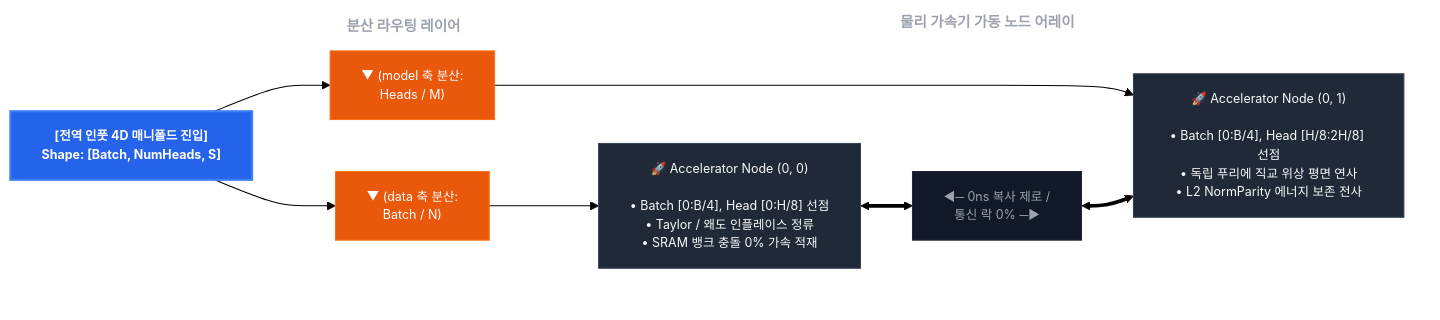
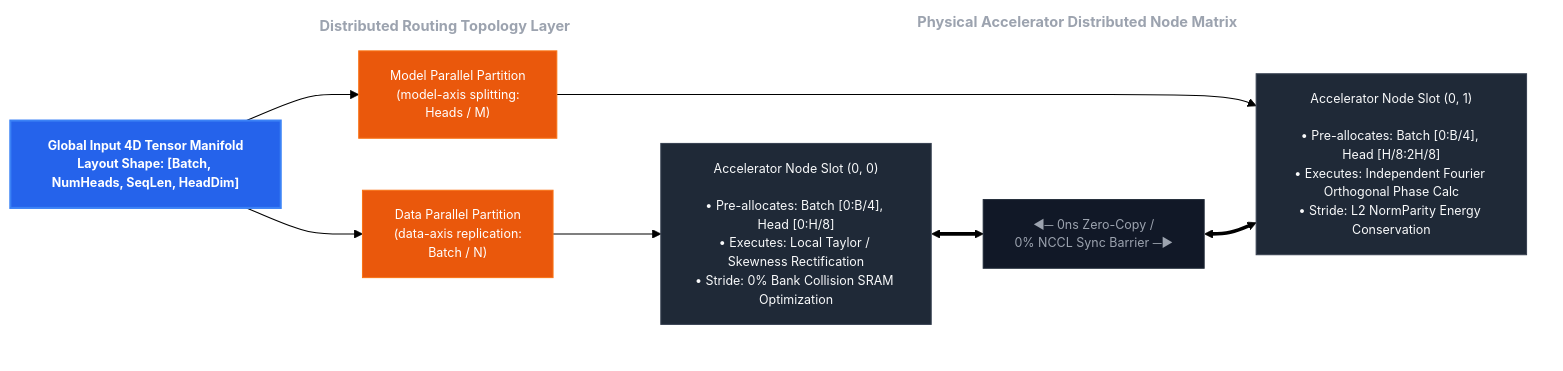
Before and after one commit to PJHkorea/jax-softmax-bypass: the diagram in README.md, drawn with Mermaid (forest theme). The commit also changed other lines of this file, not shown here.

````diff
--- a/README.md
+++ b/README.md
@@ -76,42 +81,43 @@
 ```mermaid
 flowchart LR
-    %% 전역 실리콘 테마 및 하드웨어 스타일 가드 선포
+    %% ENFORCING GLOBAL SILICON INFRASTRUCTURE STYLING INVARIANTS
     classDef default fill:#1f2937,stroke:#374151,stroke-width:1px,color:#f9fafb,font-size:12px;
     classDef blue fill:#2563eb,stroke:#3b82f6,stroke-width:2px,color:#ffffff,font-size:12px,font-weight:bold;
     classDef orange fill:#ea580c,stroke:#f97316,stroke-width:1px,color:#ffffff,font-size:12px;
     classDef dark fill:#111827,stroke:#1f2937,stroke-width:1px,color:#9ca3af,font-size:12px;
     
     %% ------------------------------------------------------------------------
-    %% [상단 구조적 도메인 레이어 경계 수립]
+    %% [DISTRIBUTED INFRASTRUCTURE ROUTING INTERLOCK BOUNDARY]
     %% ------------------------------------------------------------------------
-    subgraph ROUTING_LAYER ["분산 라우팅 레이어"]
-        MODEL_SHARD["▼ (model 축 분산:<br>Heads / M)"]:::orange
-        DATA_SHARD["▼ (data 축 분산:<br>Batch / N)"]:::orange
+    subgraph ROUTING_LAYER ["Distributed Routing Topology Layer"]
+        MODEL_SHARD["Model Parallel Partition <br>(model-axis splitting:<br>Heads / M)"]:::orange
+        DATA_SHARD["Data Parallel Partition <br>(data-axis replication:<br>Batch / N)"]:::orange
     end
     
-    subgraph HARDWARE_ARRAY ["물리 가속기 가동 노드 어레이"]
-        NODE_00["🚀 Accelerator Node (0, 0)<br><br>• Batch [0:B/4], Head [0:H/8] 선점<br>• Taylor / 왜도 인플레이스 정류<br>• SRAM 뱅크 충돌 0% 가속 적재"]
-        COMM_BARRIER["◀─ 0ns 복사 제로 /<br>통신 락 0% ─▶"]:::dark
-        NODE_01["🚀 Accelerator Node (0, 1)<br><br>• Batch [0:B/4], Head [H/8:2H/8] 선점<br>• 독립 푸리에 직교 위상 평면 연사<br>• L2 NormParity 에너지 보존 전사"]
+    subgraph HARDWARE_ARRAY ["Physical Accelerator Distributed Node Matrix"]
+        NODE_00["Accelerator Node Slot (0, 0)<br><br>• Pre-allocates: Batch [0:B/4], Head [0:H/8]<br>• Executes: Local Taylor / Skewness Rectification<br>• Stride: 0% Bank Collision SRAM Optimization"]
+        COMM_BARRIER["◀─ 0ns Zero-Copy /<br>0% NCCL Sync Barrier ─▶"]:::dark
+        NODE_01["Accelerator Node Slot (0, 1)<br><br>• Pre-allocates: Batch [0:B/4], Head [H/8:2H/8]<br>• Executes: Independent Fourier Orthogonal Phase Calc<br>• Stride: L2 NormParity Energy Conservation"]
     end
 
-    %% 최전방 매니폴드 주소선 배치
-    INPUT["[전역 인풋 4D 매니폴드 진입]<br>Shape: [Batch, NumHeads, S]"]:::blue
+    %% RUNTIME MANIFOLD EGRESS TRAJECTORY
+    INPUT["Global Input 4D Tensor Manifold<br>Layout Shape: [Batch, NumHeads, SeqLen, HeadDim]"]:::blue
 
     %% ------------------------------------------------------------------------
-    %% 0ns 무복사 하이브리드 데이터 버스 라우팅 링크
+    %% 0ns ZERO-COPY HYBRID HARDWARE BUS TRACK LINKS
     %% ------------------------------------------------------------------------
     INPUT --> MODEL_SHARD
     INPUT --> DATA_SHARD
     
     MODEL_SHARD --> NODE_01
     DATA_SHARD --> NODE_00
     
     NODE_00 <==> COMM_BARRIER
     COMM_BARRIER <==> NODE_01
 
-    %% 서브그래프 시각적 정형화 스타일 적용
+    %% STRUCTURAL SUBGRAPH VISUAL ALIGNMENT MATRICES
     style ROUTING_LAYER fill:none,stroke:none,color:#9ca3af,font-size:14px,font-weight:bold;
     style HARDWARE_ARRAY fill:none,stroke:none,color:#9ca3af,font-size:14px,font-weight:bold;
 
+
 ```
````
